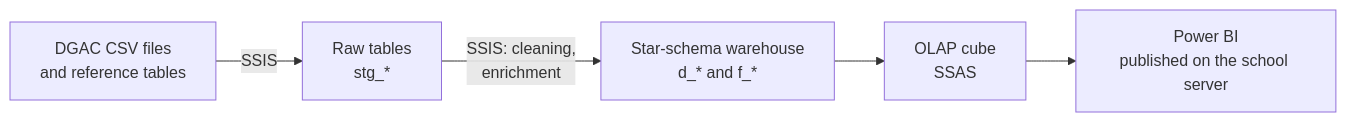
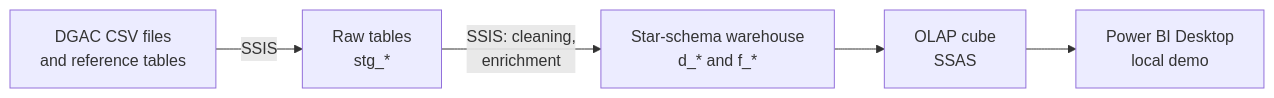
The second of 2 diagrams in README.en.md (DANUTSHELL/PROJET-Dashboard-Trafic-Aerien-Commercial-Francais-par-Aeroport), drawn with Mermaid before and after one commit. The commit also changed other lines of this file and 3 other files, not shown here.

````diff
--- a/README.en.md
+++ b/README.en.md
@@ -211,7 +211,7 @@
 ```mermaid
 graph LR
     CSV[DGAC CSV files<br/>and reference tables] -->|SSIS| STG[Raw tables<br/>stg_*]
     STG -->|SSIS: cleaning,<br/>enrichment| DW[Star-schema warehouse<br/>d_* and f_*]
     DW --> CUBE[OLAP cube<br/>SSAS]
-    CUBE --> PBI[Power BI<br/>published on the school server]
+    CUBE --> PBI[Power BI Desktop<br/>local demo]
 ```
````
